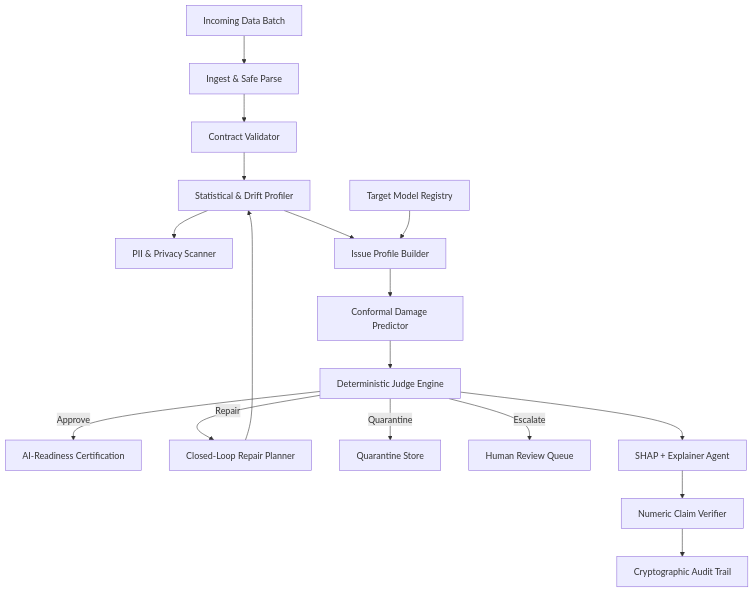
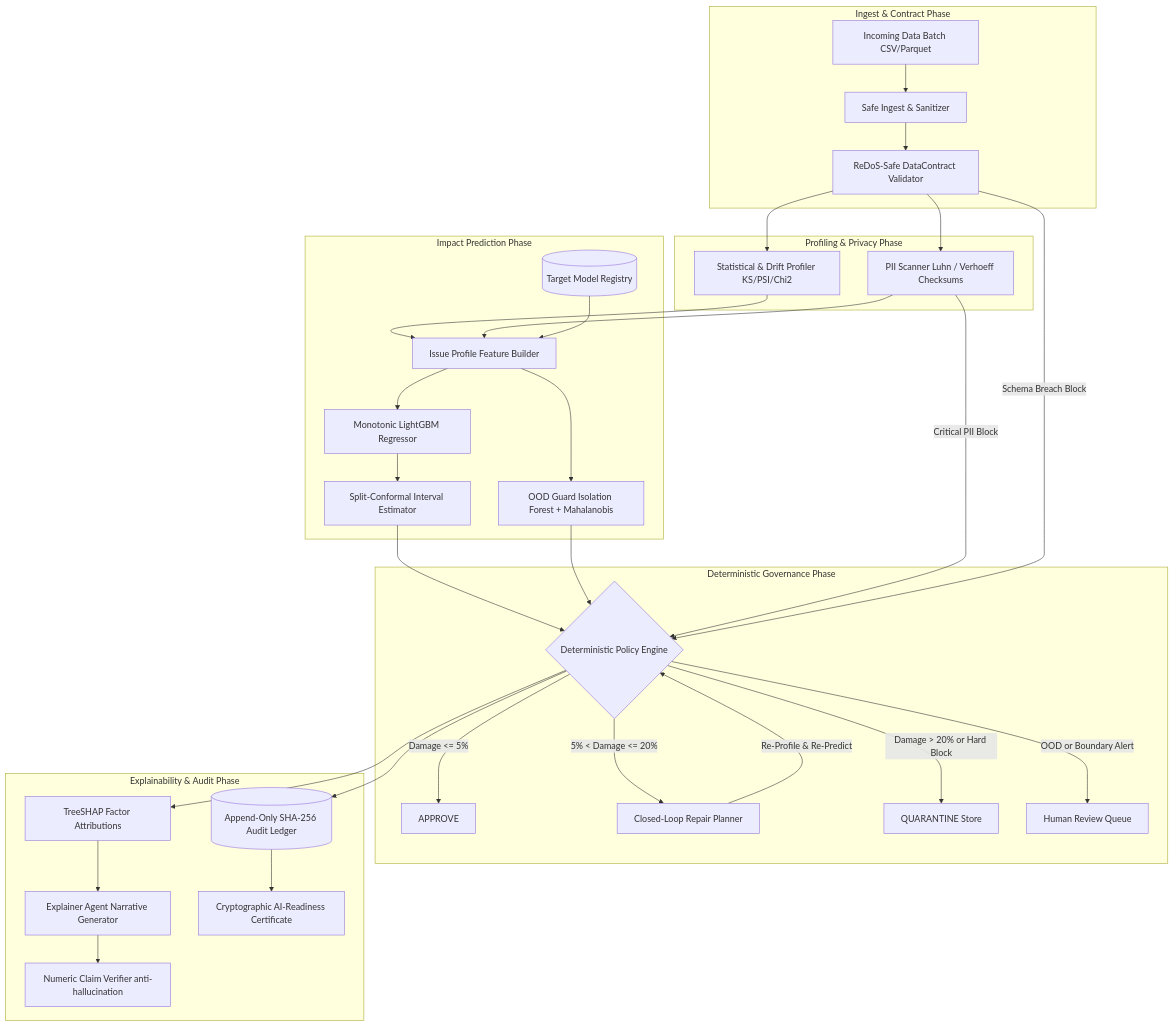
The diagram in README.md (ameydongre10/trustgate), drawn with Mermaid before and after one commit. The commit also changed other lines of this file and 16 other files, not shown here.

````diff
--- a/README.md
+++ b/README.md
@@ -45,23 +47,42 @@
 ```mermaid
 flowchart TD
-    A[Incoming Data Batch] --> B[Ingest & Safe Parse]
-    B --> C[Contract Validator]
-    C --> D[Statistical & Drift Profiler]
-    D --> E[PII & Privacy Scanner]
-    
-    D --> F[Issue Profile Builder]
-    G[Target Model Registry] --> F
-    
-    F --> H[Conformal Damage Predictor]
-    H --> I[Deterministic Judge Engine]
-    
-    I -->|Approve| J[AI-Readiness Certification]
-    I -->|Repair| K[Closed-Loop Repair Planner]
-    K --> D
-    I -->|Quarantine| L[Quarantine Store]
-    I -->|Escalate| M[Human Review Queue]
-    
-    I --> N[SHAP + Explainer Agent]
-    N --> O[Numeric Claim Verifier]
-    O --> P[Cryptographic Audit Trail]
+    subgraph Ingest & Contract Phase
+        A[Incoming Data Batch CSV/Parquet] --> B[Safe Ingest & Sanitizer]
+        B --> C[ReDoS-Safe DataContract Validator]
+    end
+
+    subgraph Profiling & Privacy Phase
+        C --> D[Statistical & Drift Profiler KS/PSI/Chi2]
+        C --> E[PII Scanner Luhn / Verhoeff Checksums]
+    end
+
+    subgraph Impact Prediction Phase
+        D --> F[Issue Profile Feature Builder]
+        E --> F
+        G[(Target Model Registry)] --> F
+        F --> H[Monotonic LightGBM Regressor]
+        H --> I[Split-Conformal Interval Estimator]
+        F --> J[OOD Guard Isolation Forest + Mahalanobis]
+    end
+
+    subgraph Deterministic Governance Phase
+        I --> K{Deterministic Policy Engine}
+        J --> K
+        E -->|Critical PII Block| K
+        C -->|Schema Breach Block| K
+
+        K -->|Damage <= 5%| L[APPROVE]
+        K -->|5% < Damage <= 20%| M[Closed-Loop Repair Planner]
+        M -->|Re-Profile & Re-Predict| K
+        K -->|Damage > 20% or Hard Block| N[QUARANTINE Store]
+        K -->|OOD or Boundary Alert| O[Human Review Queue]
+    end
+
+    subgraph Explainability & Audit Phase
+        K --> P[TreeSHAP Factor Attributions]
+        P --> Q[Explainer Agent Narrative Generator]
+        Q --> R[Numeric Claim Verifier anti-hallucination]
+        K --> S[(Append-Only SHA-256 Audit Ledger)]
+        S --> T[Cryptographic AI-Readiness Certificate]
+    end
 ```
````
